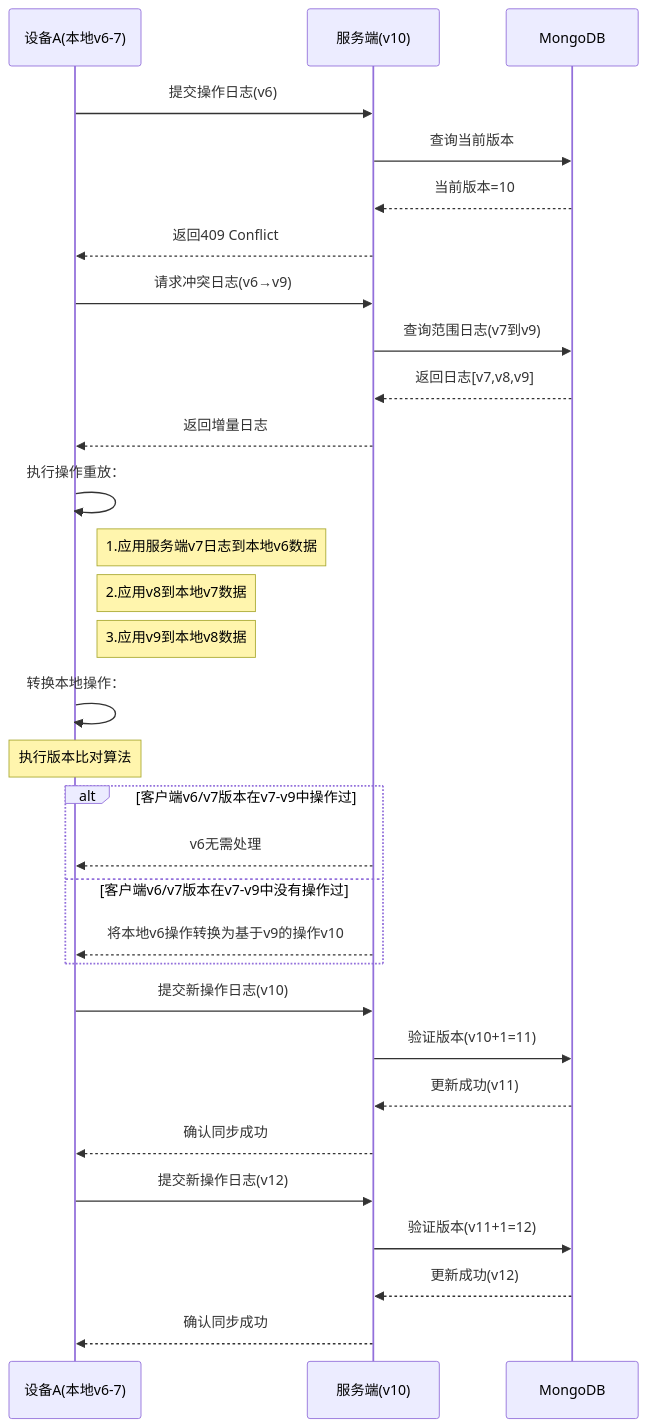
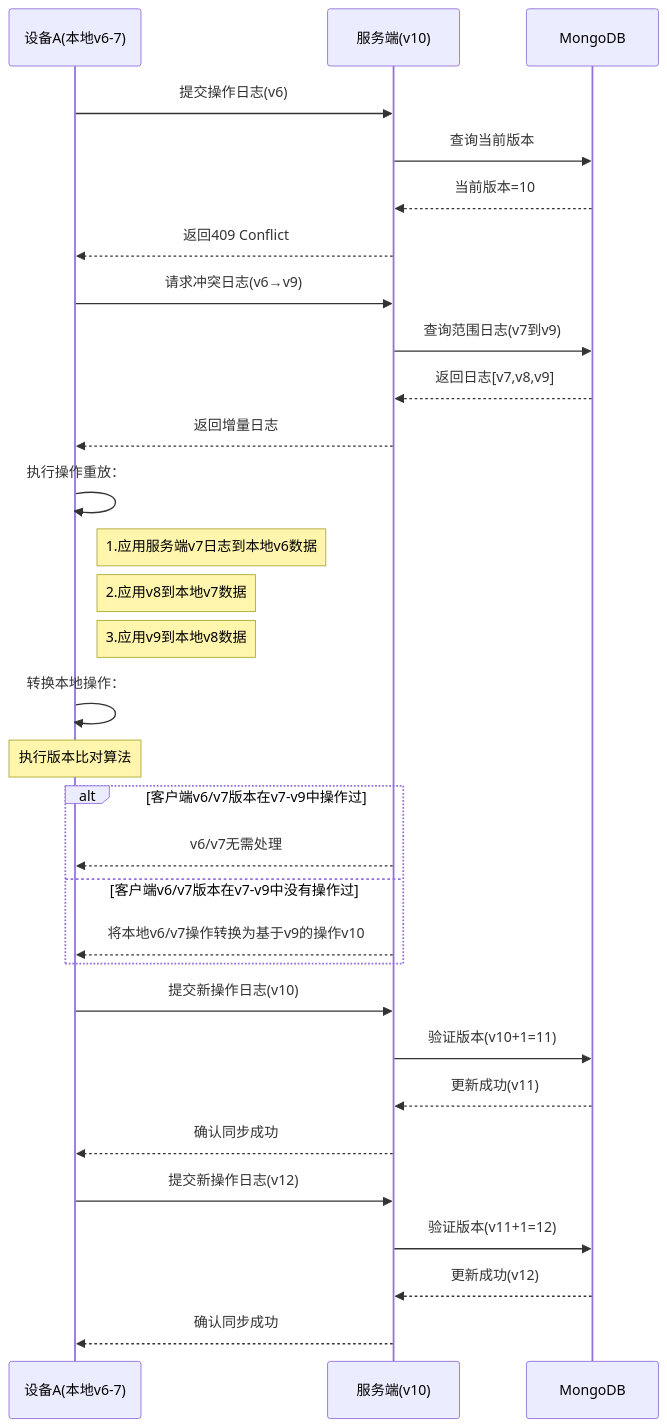
Before and after one commit to yingjianzh/iodraw-files: the diagram in all/未命名-26.md, drawn with Mermaid.

Commit message:
2025-02-26 17:01:52 update

````diff
--- a/all/未命名-26.md
+++ b/all/未命名-26.md
@@ -1,45 +1,45 @@
 ```mermaid
 sequenceDiagram
     participant A as 设备A(本地v6-7)
     participant S as 服务端(v10)
     participant DB as MongoDB
 
     %% 初始同步尝试
     A->>S: 提交操作日志(v6)
     S->>DB: 查询当前版本
     DB-->>S: 当前版本=10
     S-->>A: 返回409 Conflict
 
     %% 冲突解决阶段
     A->>S: 请求冲突日志(v6→v9)
     S->>DB: 查询范围日志(v7到v9)
     DB-->>S: 返回日志[v7,v8,v9]
     S-->>A: 返回增量日志
 
 
     %% 本地数据重建
     A->>A: 执行操作重放：
     note right of A: 1.应用服务端v7日志到本地v6数据
     note right of A: 2.应用v8到本地v7数据
     note right of A: 3.应用v9到本地v8数据
 
     %% 本地操作转换
     A->>A: 转换本地操作：
     Note over A: 执行版本比对算法
     alt 客户端v6/v7版本在v7-v9中操作过
-        S-->>A: v6无需处理
+        S-->>A: v6/v7无需处理
     else 客户端v6/v7版本在v7-v9中没有操作过
-        S-->>A: 将本地v6操作转换为基于v9的操作v10
+        S-->>A: 将本地v6/v7操作转换为基于v9的操作v10
     end
 
     %% 重新提交
     A->>S: 提交新操作日志(v10)
     S->>DB: 验证版本(v10+1=11)
     DB-->>S: 更新成功(v11)
     S-->>A: 确认同步成功
 
     A->>S: 提交新操作日志(v12)
     S->>DB: 验证版本(v11+1=12)
     DB-->>S: 更新成功(v12)
     S-->>A: 确认同步成功
 ```
````
